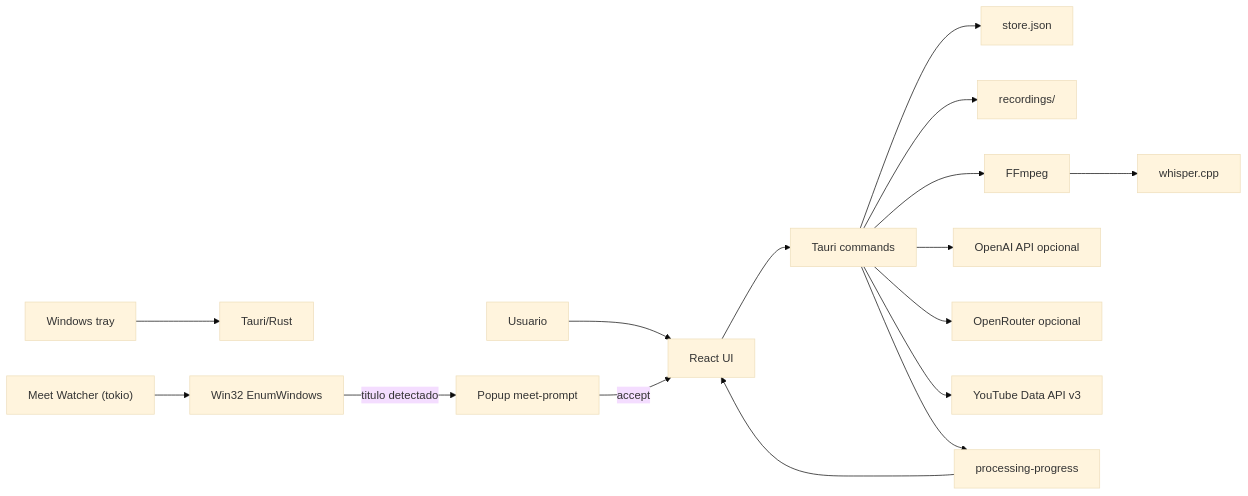
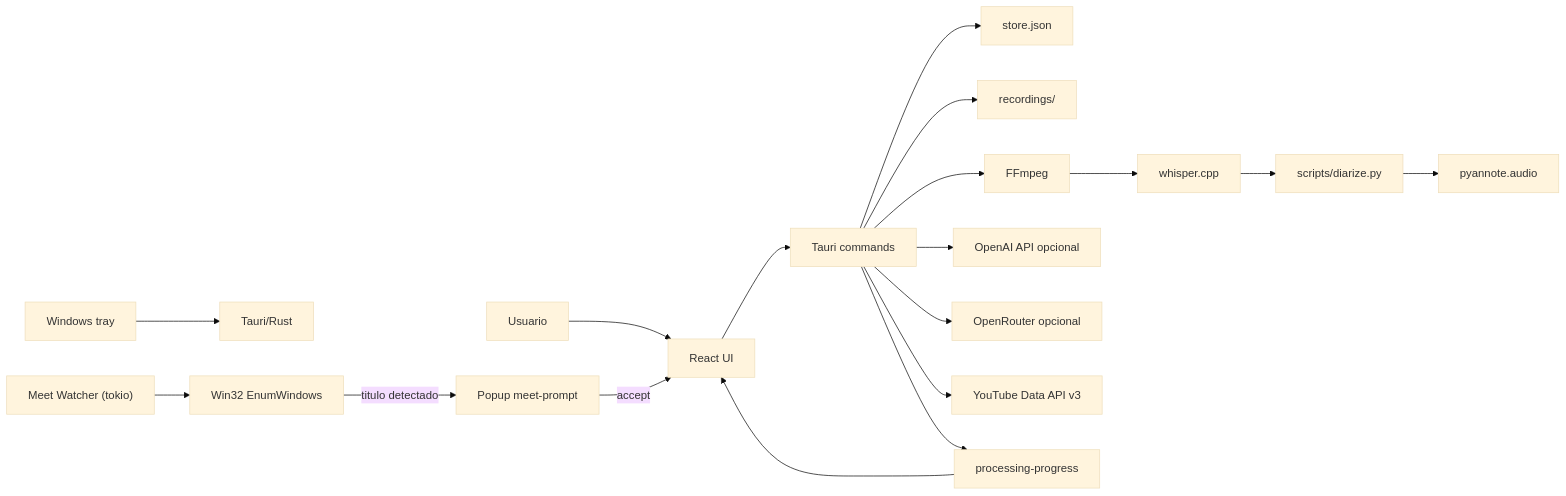
One commit to juliomarquesjr/meeting-vault-tauri changed the first of 4 diagrams in docs/architecture.md. Above: the diagram before and after it, drawn with Mermaid (base theme). The commit also changed other lines of this file and 18 other files, not shown here.

First line of the commit message:
feat: add speaker diarization functionality using pyannote.audio

````diff
--- a/docs/architecture.md
+++ b/docs/architecture.md
@@ -17,18 +17,20 @@
 ```mermaid
 flowchart LR
   User["Usuario"] --> UI["React UI"]
   Tray["Windows tray"] --> Tauri["Tauri/Rust"]
   UI --> Commands["Tauri commands"]
   Commands --> Store["store.json"]
   Commands --> Files["recordings/"]
   Commands --> FFmpeg["FFmpeg"]
   FFmpeg --> Whisper["whisper.cpp"]
+  Whisper --> Diarize["scripts/diarize.py"]
+  Diarize --> Pyannote["pyannote.audio"]
   Commands --> API["OpenAI API opcional"]
   Commands --> OpenRouter["OpenRouter opcional"]
   Commands --> YouTube["YouTube Data API v3"]
   Commands --> Events["processing-progress"]
   Events --> UI
   Watcher["Meet Watcher (tokio)"] --> WinAPI["Win32 EnumWindows"]
   WinAPI -->|titulo detectado| Popup["Popup meet-prompt"]
   Popup -->|accept| UI
 ```
````
